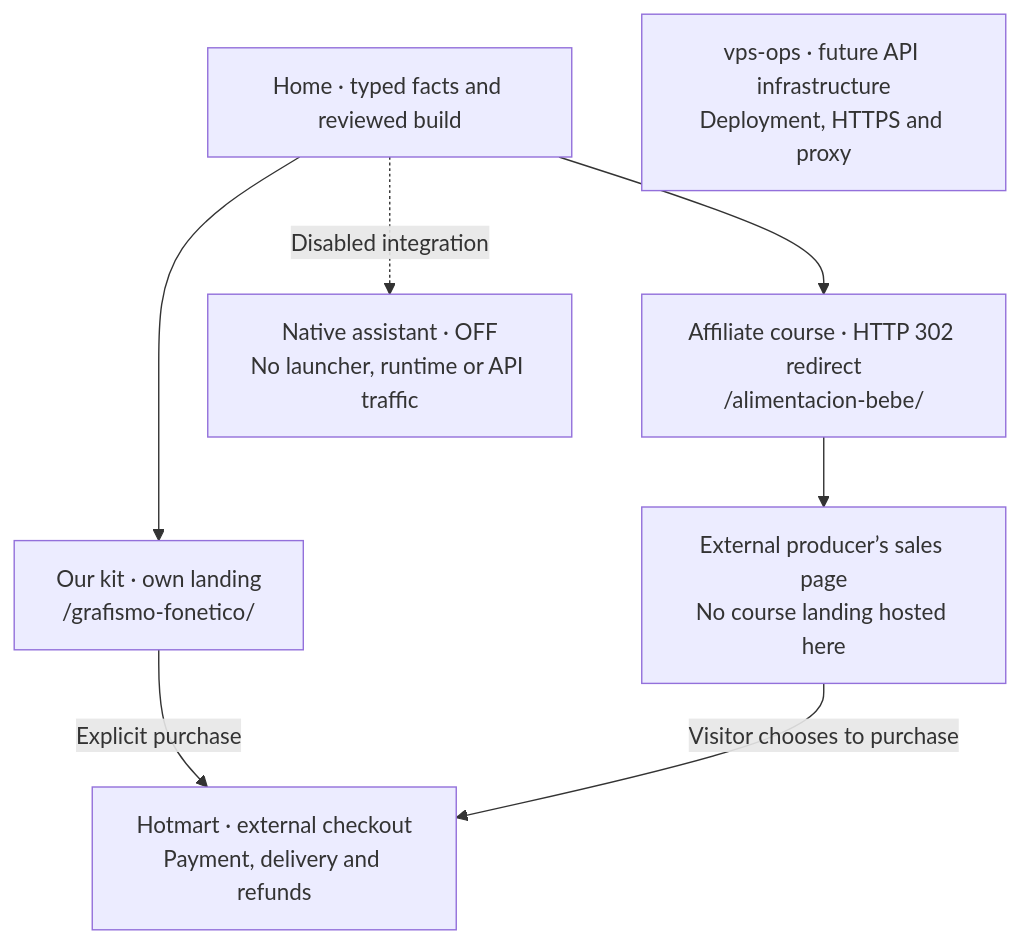
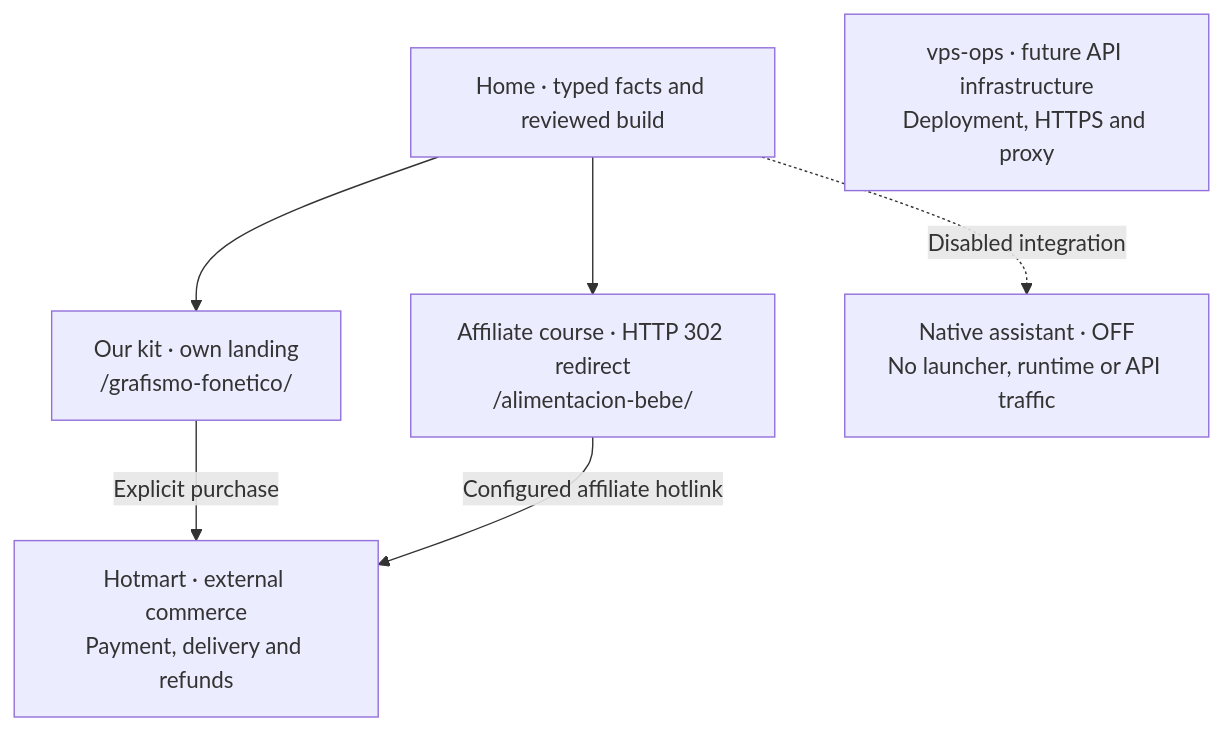
The diagram in docs/architecture/system-light.mmd (gonzalomartinperez/pequeverso), drawn with Mermaid before and after one commit. The commit also changed 5 other files, not shown here.

First line of the commit message:
docs: clarify configured affiliate destination semantics

```diff
--- a/docs/architecture/system-light.mmd
+++ b/docs/architecture/system-light.mmd
@@ -1,10 +1,9 @@
 flowchart TB
   accTitle: Pequeverso storefront product paths and disabled assistant
-  accDescr: Home opens the kit landing or affiliate redirect. The external producer has its own sales page. Visitors explicitly choose Hotmart checkout. The assistant stays disabled and deployment belongs to vps-ops.
+  accDescr: Home opens the kit landing or affiliate redirect. The configured affiliate hotlink may open checkout or the producer’s sales page. Visitors choose to purchase through Hotmart. The assistant stays disabled and deployment belongs to vps-ops.
   Home["Home · typed facts and reviewed build"] --> Kit["Our kit · own landing<br/>/grafismo-fonetico/"]
   Home --> Course["Affiliate course · HTTP 302 redirect<br/>/alimentacion-bebe/"]
-  Kit -->|Explicit purchase| Checkout["Hotmart · external checkout<br/>Payment, delivery and refunds"]
-  Course --> Producer["External producer’s sales page<br/>No course landing hosted here"]
-  Producer -->|Visitor chooses to purchase| Checkout
+  Kit -->|Explicit purchase| Hotmart["Hotmart · external commerce<br/>Payment, delivery and refunds"]
+  Course -->|Configured affiliate hotlink| Hotmart
   Home -. Disabled integration .-> Assistant["Native assistant · OFF<br/>No launcher, runtime or API traffic"]
   Ops["vps-ops · future API infrastructure<br/>Deployment, HTTPS and proxy"]
```
